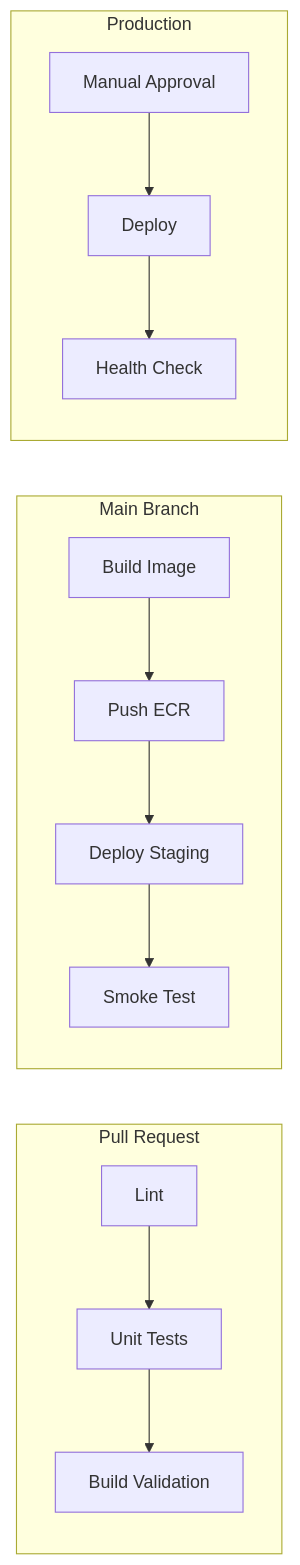
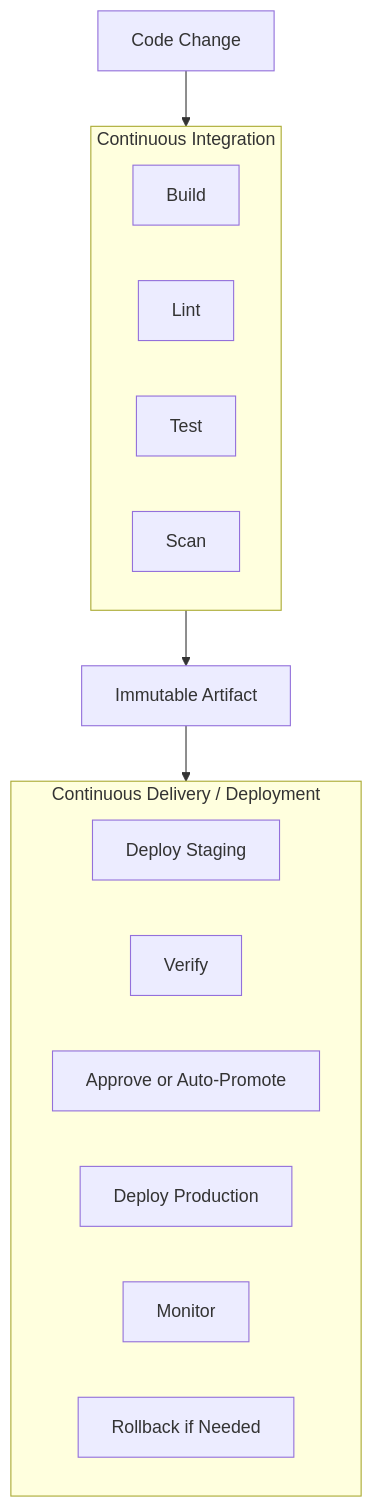
Before and after one commit to AvadhBhalodiya/Interview-Preparation: the tenth of 10 diagrams in src/content/devops/cicd-pipelines.md, drawn with Mermaid. The commit also changed other lines of this file and 54 other files, not shown here.

````diff
--- a/src/content/devops/cicd-pipelines.md
+++ b/src/content/devops/cicd-pipelines.md
@@ -1257,12 +842,23 @@
 ```mermaid
-flowchart LR
-    subgraph PR[Pull Request]
-        A[Lint] --> B[Unit Tests] --> C[Build Validation]
+flowchart TD
+    A[Code Change] --> CI
+
+    subgraph CI[Continuous Integration]
+        B[Build]
+        C[Lint]
+        D[Test]
+        E[Scan]
     end
-    subgraph MAIN[Main Branch]
-        D[Build Image] --> E[Push ECR] --> F[Deploy Staging] --> G[Smoke Test]
-    end
-    subgraph PROD[Production]
-        H[Manual Approval] --> I[Deploy] --> J[Health Check]
+
+    CI --> F[Immutable Artifact]
+    F --> CD
+
+    subgraph CD[Continuous Delivery / Deployment]
+        G[Deploy Staging]
+        H[Verify]
+        I[Approve or Auto-Promote]
+        J[Deploy Production]
+        K[Monitor]
+        L[Rollback if Needed]
     end
 ```
````
